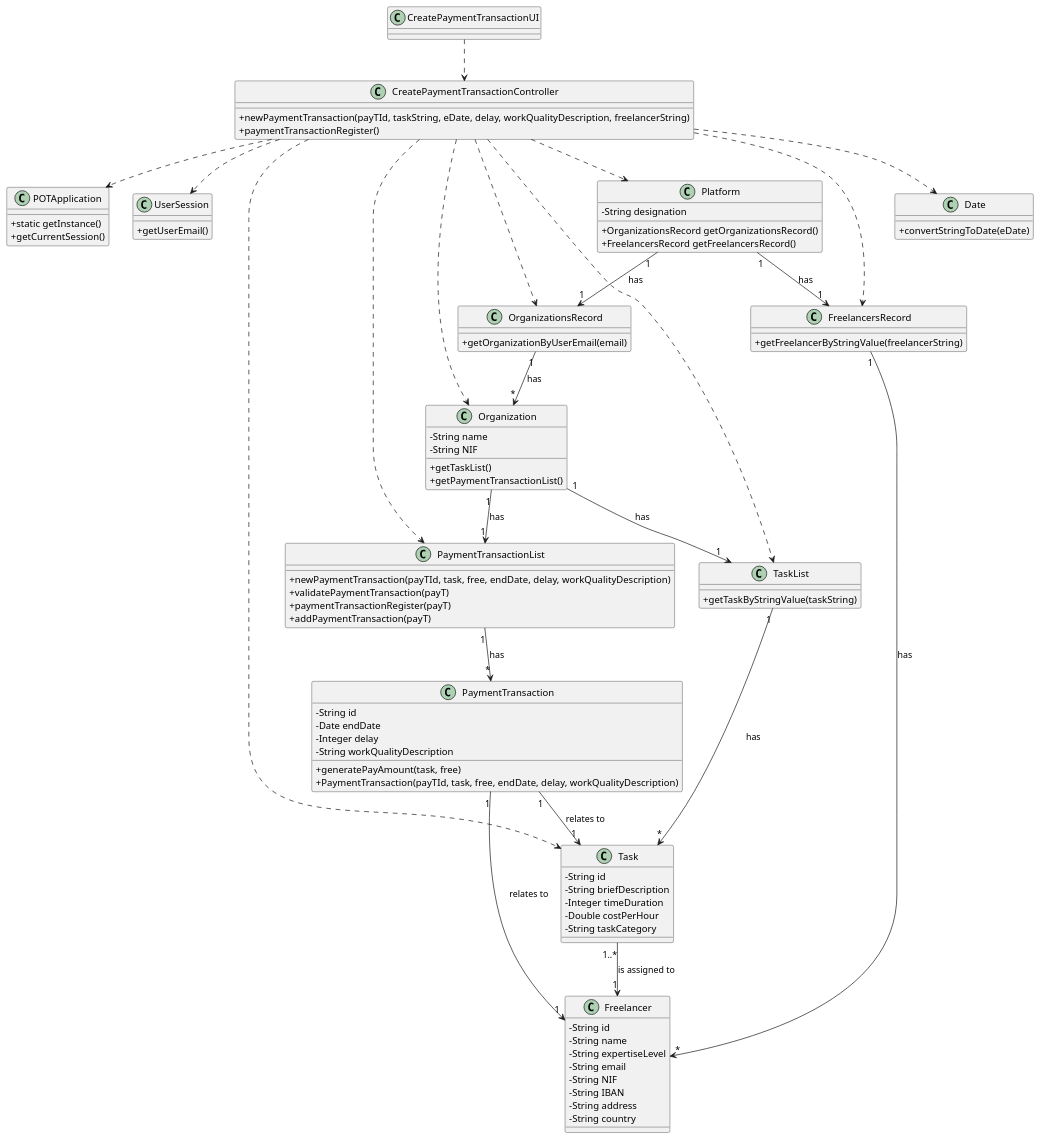
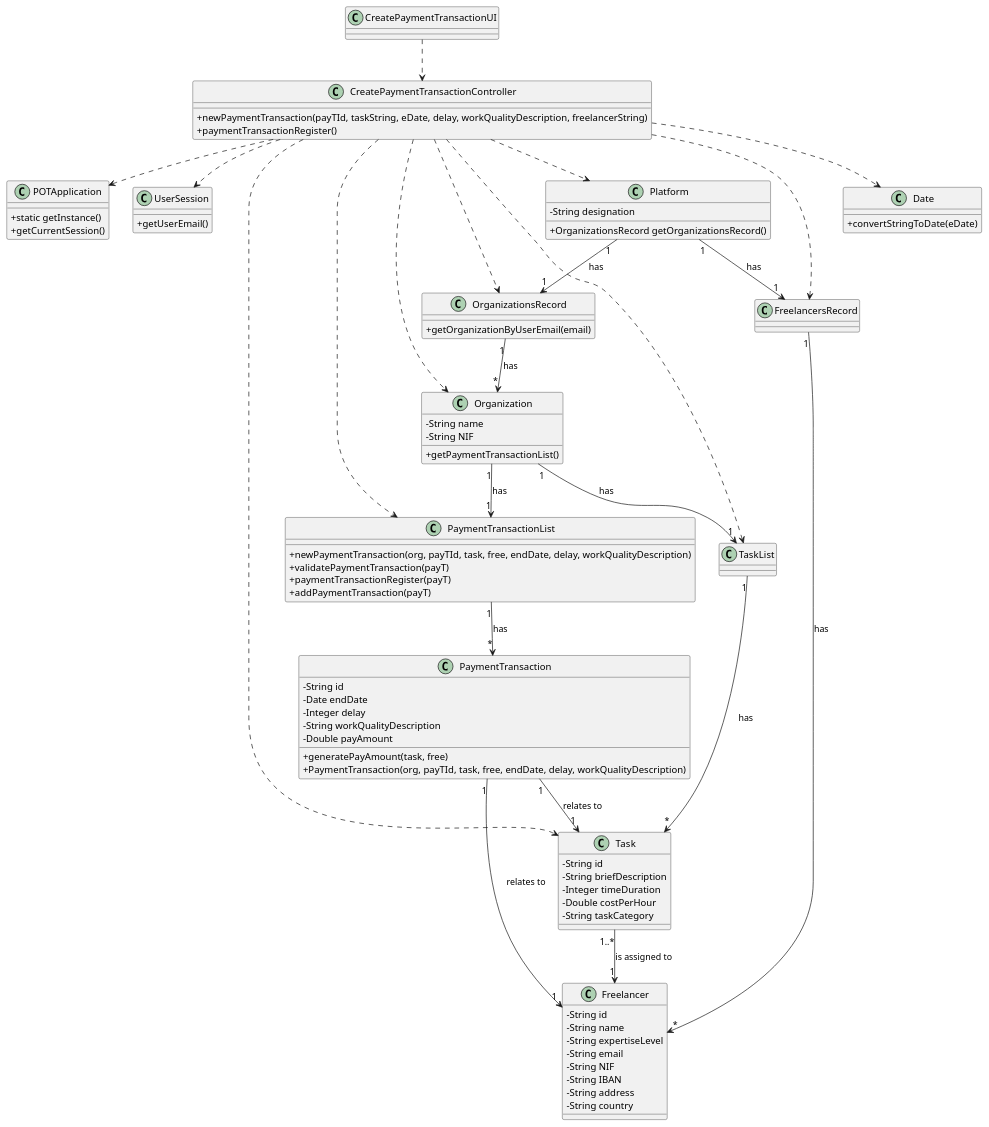
Before and after one commit to pedrolemos4/LAPR2: the diagram in docs/UC3 - Create Payment Transaction/UC3_CD.puml, drawn with PlantUML. The commit also changed 9 other files, not shown here.

```diff
--- a/docs/UC3 - Create Payment Transaction/UC3_CD.puml
+++ b/docs/UC3 - Create Payment Transaction/UC3_CD.puml
@@ -1,113 +1,109 @@
 @startuml
 skinparam classAttributeIconSize 0
 
 class POTApplication
 {
   +static getInstance()
   +getCurrentSession()
 }
 
 class UserSession
 {
   +getUserEmail()
 }
 
 class Task {
   -String id
   -String briefDescription
   -Integer timeDuration
   -Double costPerHour
   -String taskCategory
 }
 
 class Freelancer {
   -String id
   -String name
   -String expertiseLevel
   -String email
   -String NIF
   -String IBAN
   -String address
   -String country
 }
 
 class Organization {
   -String name
   -String NIF
-  +getTaskList()
   +getPaymentTransactionList()
-  
 }
 
 class TaskList {
-  +getTaskByStringValue(taskString)
 }
 
 class Platform {
   -String designation
   +OrganizationsRecord getOrganizationsRecord()
-  +FreelancersRecord getFreelancersRecord()
 }
 
 class FreelancersRecord {
-  +getFreelancerByStringValue(freelancerString)
 }
 
 class OrganizationsRecord {
   +getOrganizationByUserEmail(email)
 }
 
 class CreatePaymentTransactionController {
   +newPaymentTransaction(payTId, taskString, eDate, delay, workQualityDescription, freelancerString)
   +paymentTransactionRegister()
 }
 
 class CreatePaymentTransactionUI {
 }
 
 class PaymentTransaction{
   -String id
   -Date endDate
   -Integer delay
   -String workQualityDescription
+  -Double payAmount
   +generatePayAmount(task, free)
-  +PaymentTransaction(payTId, task, free, endDate, delay, workQualityDescription)
+  +PaymentTransaction(org, payTId, task, free, endDate, delay, workQualityDescription)
 }
 
 class PaymentTransactionList{
-  +newPaymentTransaction(payTId, task, free, endDate, delay, workQualityDescription)
+  +newPaymentTransaction(org, payTId, task, free, endDate, delay, workQualityDescription)
   +validatePaymentTransaction(payT)
   +paymentTransactionRegister(payT)
   +addPaymentTransaction(payT)
 }
 
 class Date {
  +convertStringToDate(eDate) 
 }
 
 CreatePaymentTransactionUI ..> CreatePaymentTransactionController
 CreatePaymentTransactionController ..> Platform
 CreatePaymentTransactionController ..> Task
 CreatePaymentTransactionController ..> Organization
 CreatePaymentTransactionController ..> POTApplication
 CreatePaymentTransactionController ..> UserSession
 CreatePaymentTransactionController ..> TaskList
 CreatePaymentTransactionController ..> FreelancersRecord
 CreatePaymentTransactionController ..> OrganizationsRecord
 CreatePaymentTransactionController ..> PaymentTransactionList
 CreatePaymentTransactionController ..> Date
 Platform "1" --> "1" FreelancersRecord : has
 Platform "1" --> "1" OrganizationsRecord : has
 
 FreelancersRecord "1" --> "*" Freelancer : has
 OrganizationsRecord "1" --> "*" Organization : has
 Organization "1" --> "1" TaskList : has
 Organization "1" --> "1" PaymentTransactionList : has
 PaymentTransactionList "1" --> "*" PaymentTransaction : has
 TaskList "1" --> "*" Task : has
 Task "1..*" --> "1" Freelancer : is assigned to
 
 PaymentTransaction "1" --> "1" Freelancer : relates to
 PaymentTransaction "1" --> "1" Task : relates to
 
 @enduml
```
